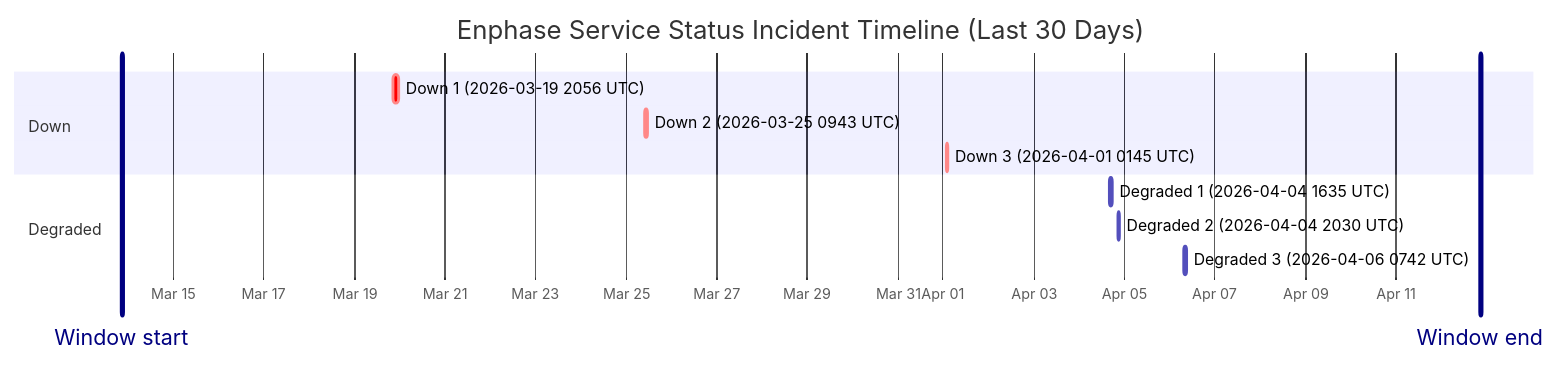
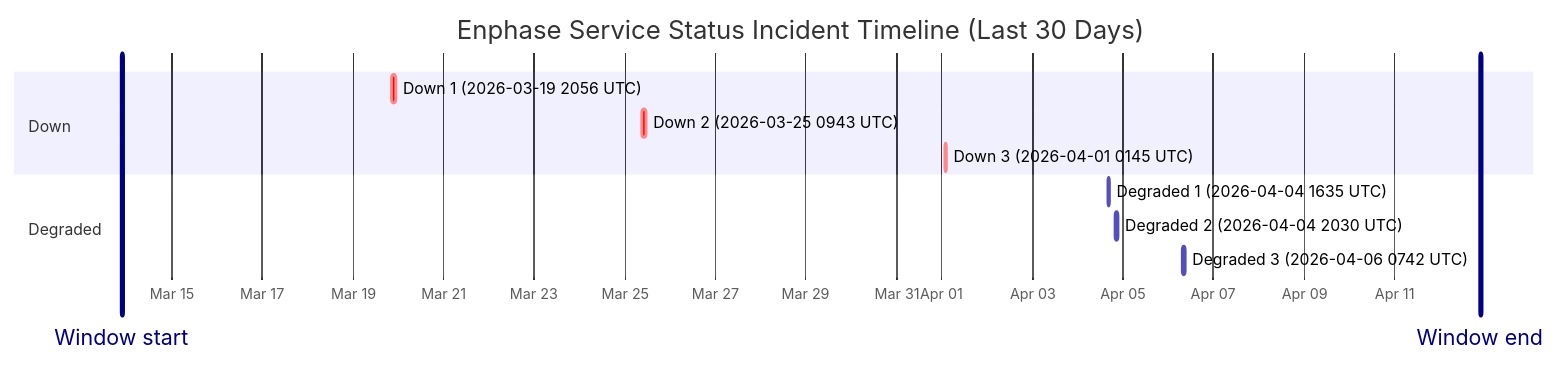
One commit to barneyonline/ha-enphase-ev-charger changed the diagram in wiki/Service-Status-History.md. Above: the diagram before and after it, drawn with Mermaid. The commit also changed other lines of this file and 3 other files, not shown here.

````diff
--- a/wiki/Service-Status-History.md
+++ b/wiki/Service-Status-History.md
@@ -14,16 +14,16 @@
 ```mermaid
 gantt
     title Enphase Service Status Incident Timeline (Last 30 Days)
     dateFormat  YYYY-MM-DDTHH:mm:ss
     axisFormat  %b %d
-    Window start :vert, window-start, 2026-03-13T20:35:28, 0ms
-    Window end :vert, window-end, 2026-04-12T20:35:28, 0ms
+    Window start :vert, window-start, 2026-03-13T21:33:50, 0ms
+    Window end :vert, window-end, 2026-04-12T21:33:50, 0ms
     section Down
     Down 1 (2026-03-19 2056 UTC) :crit, down-1, 2026-03-19T20:56:20, 145m
     Down 2 (2026-03-25 0943 UTC) :crit, down-2, 2026-03-25T09:43:28, 111m
     Down 3 (2026-04-01 0145 UTC) :crit, down-3, 2026-04-01T01:45:09, 60m
     section Degraded
     Degraded 1 (2026-04-04 1635 UTC) :active, degraded-1, 2026-04-04T16:35:17, 60m
     Degraded 2 (2026-04-04 2030 UTC) :active, degraded-2, 2026-04-04T20:30:40, 60m
     Degraded 3 (2026-04-06 0742 UTC) :active, degraded-3, 2026-04-06T07:42:09, 85m
 ```
````
